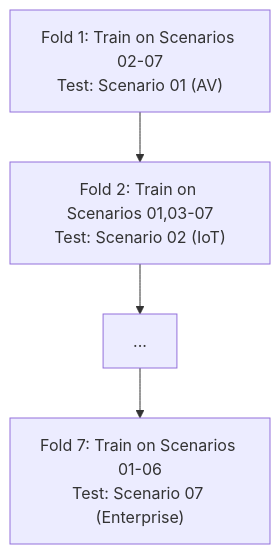
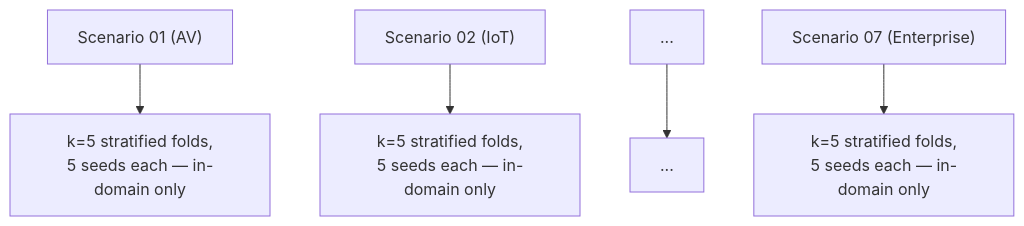
The second of 2 diagrams in docs/research/middleware2026/middleware26_revised.md (onuralpyigit/software-as-a-graph), drawn with Mermaid before and after one commit. The commit also changed other lines of this file and 7 other files, not shown here.

First line of the commit message:
Add per-domain k-fold validation and update Makefile and documentation

````diff
--- a/docs/research/middleware2026/middleware26_revised.md
+++ b/docs/research/middleware2026/middleware26_revised.md
@@ -183,8 +183,7 @@
 ```mermaid
 flowchart TD
-    F1["Fold 1: Train on Scenarios 02-07<br/>Test: Scenario 01 (AV)"]
-    F2["Fold 2: Train on Scenarios 01,03-07<br/>Test: Scenario 02 (IoT)"]
-    Fdots["..."]
-    F7["Fold 7: Train on Scenarios 01-06<br/>Test: Scenario 07 (Enterprise)"]
-    F1 --> F2 --> Fdots --> F7
+    S1["Scenario 01 (AV)"] --> K1["k=5 stratified folds,<br/>5 seeds each — in-domain only"]
+    S2["Scenario 02 (IoT)"] --> K2["k=5 stratified folds,<br/>5 seeds each — in-domain only"]
+    Sdots["..."] --> Kdots["..."]
+    S7["Scenario 07 (Enterprise)"] --> K7["k=5 stratified folds,<br/>5 seeds each — in-domain only"]
 ```
````
